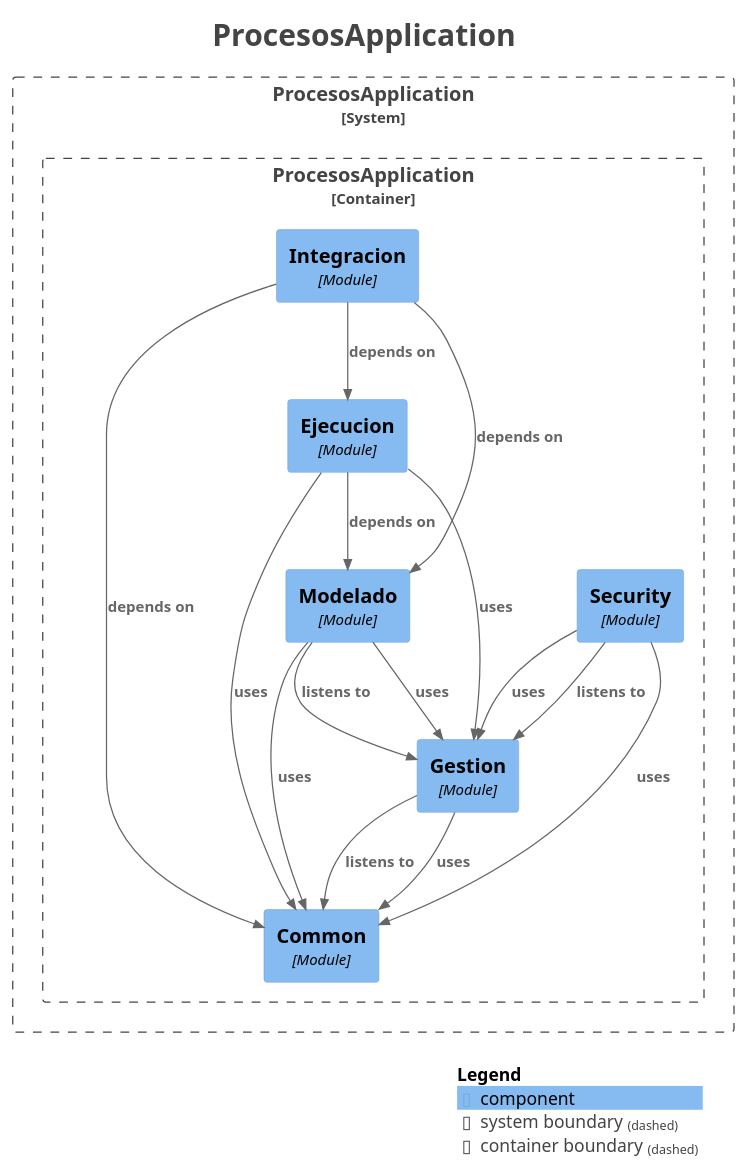
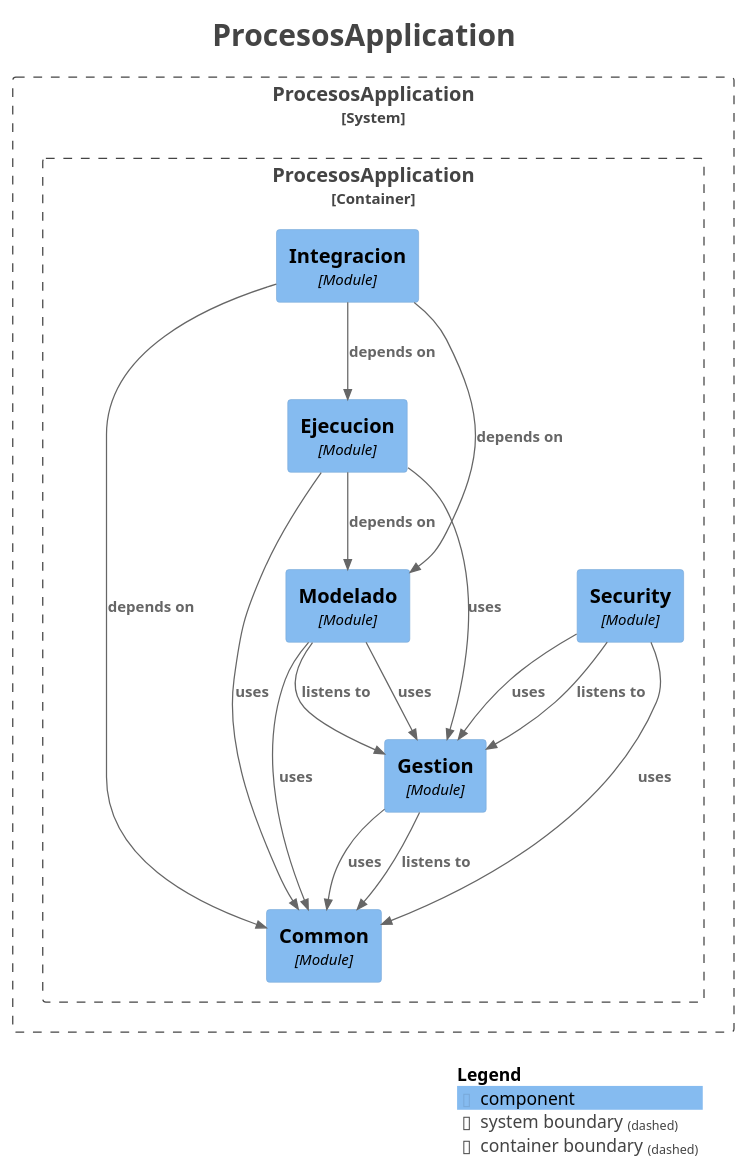
One commit to AndresContreras1/bpmn-process-manager-api changed the diagram in docs/modules/components.puml. Above: the diagram before and after it, drawn with PlantUML. The commit also changed other lines of this file and 52 other files, not shown here.

```diff
--- a/docs/modules/components.puml
+++ b/docs/modules/components.puml
@@ -1,47 +1,47 @@
 @startuml
 title <size:24>ProcesosApplication</size>
 
 set separator none
 top to bottom direction
 
 <style>
   root {
     BackgroundColor: #ffffff
     FontColor: #444444
   }
 </style>
 
 !include <C4/C4>
 !include <C4/C4_Context>
 !include <C4/C4_Component>
 
 System_Boundary("ProcesosApplication_boundary", "ProcesosApplication", $tags="") {
   Container_Boundary("ProcesosApplication.ProcesosApplication_boundary", "ProcesosApplication", $tags="") {
     Component(ProcesosApplication.ProcesosApplication.Common, "Common", $techn="Module", $descr="", $tags="", $link="")
     Component(ProcesosApplication.ProcesosApplication.Gestion, "Gestion", $techn="Module", $descr="", $tags="", $link="")
     Component(ProcesosApplication.ProcesosApplication.Modelado, "Modelado", $techn="Module", $descr="", $tags="", $link="")
     Component(ProcesosApplication.ProcesosApplication.Security, "Security", $techn="Module", $descr="", $tags="", $link="")
     Component(ProcesosApplication.ProcesosApplication.Ejecucion, "Ejecucion", $techn="Module", $descr="", $tags="", $link="")
     Component(ProcesosApplication.ProcesosApplication.Integracion, "Integracion", $techn="Module", $descr="", $tags="", $link="")
   }
 
 }
 
+Rel(ProcesosApplication.ProcesosApplication.Gestion, ProcesosApplication.ProcesosApplication.Common, "uses", $techn="", $tags="", $link="")
+Rel(ProcesosApplication.ProcesosApplication.Modelado, ProcesosApplication.ProcesosApplication.Gestion, "listens to", $techn="", $tags="", $link="")
+Rel(ProcesosApplication.ProcesosApplication.Modelado, ProcesosApplication.ProcesosApplication.Gestion, "uses", $techn="", $tags="", $link="")
+Rel(ProcesosApplication.ProcesosApplication.Modelado, ProcesosApplication.ProcesosApplication.Common, "uses", $techn="", $tags="", $link="")
+Rel(ProcesosApplication.ProcesosApplication.Security, ProcesosApplication.ProcesosApplication.Gestion, "listens to", $techn="", $tags="", $link="")
+Rel(ProcesosApplication.ProcesosApplication.Security, ProcesosApplication.ProcesosApplication.Gestion, "uses", $techn="", $tags="", $link="")
+Rel(ProcesosApplication.ProcesosApplication.Security, ProcesosApplication.ProcesosApplication.Common, "uses", $techn="", $tags="", $link="")
+Rel(ProcesosApplication.ProcesosApplication.Integracion, ProcesosApplication.ProcesosApplication.Ejecucion, "depends on", $techn="", $tags="", $link="")
+Rel(ProcesosApplication.ProcesosApplication.Integracion, ProcesosApplication.ProcesosApplication.Modelado, "depends on", $techn="", $tags="", $link="")
+Rel(ProcesosApplication.ProcesosApplication.Integracion, ProcesosApplication.ProcesosApplication.Common, "depends on", $techn="", $tags="", $link="")
 Rel(ProcesosApplication.ProcesosApplication.Ejecucion, ProcesosApplication.ProcesosApplication.Modelado, "depends on", $techn="", $tags="", $link="")
 Rel(ProcesosApplication.ProcesosApplication.Ejecucion, ProcesosApplication.ProcesosApplication.Common, "uses", $techn="", $tags="", $link="")
 Rel(ProcesosApplication.ProcesosApplication.Ejecucion, ProcesosApplication.ProcesosApplication.Gestion, "uses", $techn="", $tags="", $link="")
-Rel(ProcesosApplication.ProcesosApplication.Security, ProcesosApplication.ProcesosApplication.Gestion, "listens to", $techn="", $tags="", $link="")
-Rel(ProcesosApplication.ProcesosApplication.Security, ProcesosApplication.ProcesosApplication.Gestion, "uses", $techn="", $tags="", $link="")
-Rel(ProcesosApplication.ProcesosApplication.Security, ProcesosApplication.ProcesosApplication.Common, "uses", $techn="", $tags="", $link="")
 Rel(ProcesosApplication.ProcesosApplication.Gestion, ProcesosApplication.ProcesosApplication.Common, "listens to", $techn="", $tags="", $link="")
-Rel(ProcesosApplication.ProcesosApplication.Gestion, ProcesosApplication.ProcesosApplication.Common, "uses", $techn="", $tags="", $link="")
-Rel(ProcesosApplication.ProcesosApplication.Integracion, ProcesosApplication.ProcesosApplication.Ejecucion, "depends on", $techn="", $tags="", $link="")
-Rel(ProcesosApplication.ProcesosApplication.Integracion, ProcesosApplication.ProcesosApplication.Modelado, "depends on", $techn="", $tags="", $link="")
-Rel(ProcesosApplication.ProcesosApplication.Integracion, ProcesosApplication.ProcesosApplication.Common, "depends on", $techn="", $tags="", $link="")
-Rel(ProcesosApplication.ProcesosApplication.Modelado, ProcesosApplication.ProcesosApplication.Gestion, "listens to", $techn="", $tags="", $link="")
-Rel(ProcesosApplication.ProcesosApplication.Modelado, ProcesosApplication.ProcesosApplication.Gestion, "uses", $techn="", $tags="", $link="")
-Rel(ProcesosApplication.ProcesosApplication.Modelado, ProcesosApplication.ProcesosApplication.Common, "uses", $techn="", $tags="", $link="")
 
 SHOW_LEGEND(true)
 hide stereotypes
 @enduml
```
